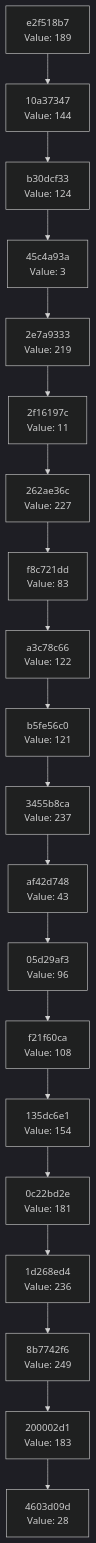
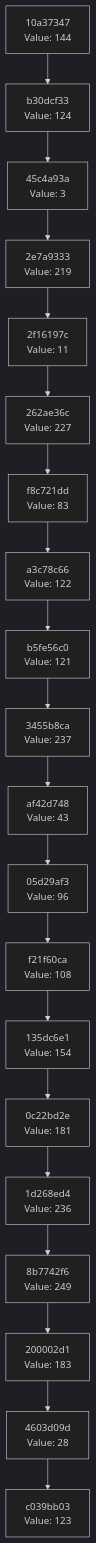
One commit to Abhisheksinha1506/hash-chain-evolver changed the diagram in docs/CHAIN_VISUALIZATION.md. Above: the diagram before and after it, drawn with Mermaid (dark theme). The commit also changed 2 other files, not shown here.

Commit message:
Evolution Step

````diff
--- a/docs/CHAIN_VISUALIZATION.md
+++ b/docs/CHAIN_VISUALIZATION.md
@@ -3,42 +3,42 @@
 ```mermaid
 graph TD
-    C0["4603d09d<br/>Value: 28"]
-    C1["200002d1<br/>Value: 183"]
+    C0["c039bb03<br/>Value: 123"]
+    C1["4603d09d<br/>Value: 28"]
     C1 --> C0
-    C2["8b7742f6<br/>Value: 249"]
+    C2["200002d1<br/>Value: 183"]
     C2 --> C1
-    C3["1d268ed4<br/>Value: 236"]
+    C3["8b7742f6<br/>Value: 249"]
     C3 --> C2
-    C4["0c22bd2e<br/>Value: 181"]
+    C4["1d268ed4<br/>Value: 236"]
     C4 --> C3
-    C5["135dc6e1<br/>Value: 154"]
+    C5["0c22bd2e<br/>Value: 181"]
     C5 --> C4
-    C6["f21f60ca<br/>Value: 108"]
+    C6["135dc6e1<br/>Value: 154"]
     C6 --> C5
-    C7["05d29af3<br/>Value: 96"]
+    C7["f21f60ca<br/>Value: 108"]
     C7 --> C6
-    C8["af42d748<br/>Value: 43"]
+    C8["05d29af3<br/>Value: 96"]
     C8 --> C7
-    C9["3455b8ca<br/>Value: 237"]
+    C9["af42d748<br/>Value: 43"]
     C9 --> C8
-    C10["b5fe56c0<br/>Value: 121"]
+    C10["3455b8ca<br/>Value: 237"]
     C10 --> C9
-    C11["a3c78c66<br/>Value: 122"]
+    C11["b5fe56c0<br/>Value: 121"]
     C11 --> C10
-    C12["f8c721dd<br/>Value: 83"]
+    C12["a3c78c66<br/>Value: 122"]
     C12 --> C11
-    C13["262ae36c<br/>Value: 227"]
+    C13["f8c721dd<br/>Value: 83"]
     C13 --> C12
-    C14["2f16197c<br/>Value: 11"]
+    C14["262ae36c<br/>Value: 227"]
     C14 --> C13
-    C15["2e7a9333<br/>Value: 219"]
+    C15["2f16197c<br/>Value: 11"]
     C15 --> C14
-    C16["45c4a93a<br/>Value: 3"]
+    C16["2e7a9333<br/>Value: 219"]
     C16 --> C15
-    C17["b30dcf33<br/>Value: 124"]
+    C17["45c4a93a<br/>Value: 3"]
     C17 --> C16
-    C18["10a37347<br/>Value: 144"]
+    C18["b30dcf33<br/>Value: 124"]
     C18 --> C17
-    C19["e2f518b7<br/>Value: 189"]
+    C19["10a37347<br/>Value: 144"]
     C19 --> C18
 ```
````
